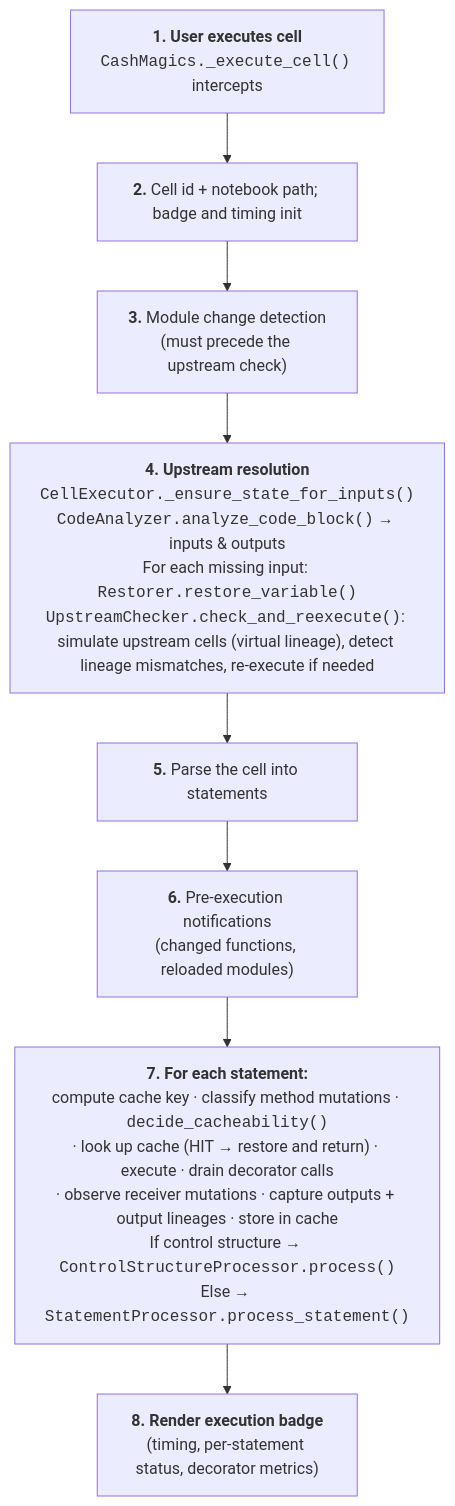
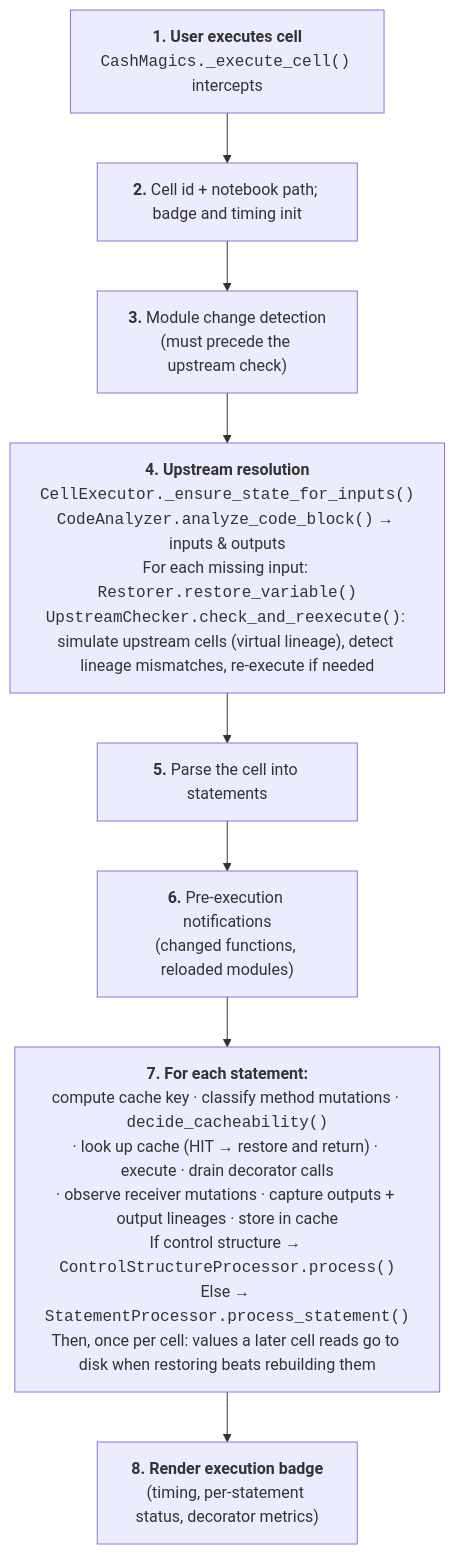
The first of 3 diagrams in docs/how-it-works/notebook-path.md (galgtonold/cash), drawn with Mermaid before and after one commit. The commit also changed other lines of this file and 8 other files, not shown here.

````diff
--- a/docs/how-it-works/notebook-path.md
+++ b/docs/how-it-works/notebook-path.md
@@ -30,12 +30,12 @@
 ```mermaid
 flowchart TD
     S1["<b>1. User executes cell</b><br/><code>CashMagics._execute_cell()</code> intercepts"]
     S2["<b>2.</b> Cell id + notebook path; badge and timing init"]
     S3["<b>3.</b> Module change detection<br/>(must precede the upstream check)"]
     S4["<b>4. Upstream resolution</b><br/><code>CellExecutor._ensure_state_for_inputs()</code><br/><code>CodeAnalyzer.analyze_code_block()</code> → inputs &amp; outputs<br/>For each missing input: <code>Restorer.restore_variable()</code><br/><code>UpstreamChecker.check_and_reexecute()</code>: simulate upstream cells (virtual lineage), detect lineage mismatches, re-execute if needed"]
     S5["<b>5.</b> Parse the cell into statements"]
     S6["<b>6.</b> Pre-execution notifications<br/>(changed functions, reloaded modules)"]
-    S7["<b>7. For each statement:</b><br/>compute cache key · classify method mutations · <code>decide_cacheability()</code><br/>· look up cache (HIT → restore and return) · execute · drain decorator calls<br/>· observe receiver mutations · capture outputs + output lineages · store in cache<br/>If control structure → <code>ControlStructureProcessor.process()</code><br/>Else → <code>StatementProcessor.process_statement()</code>"]
+    S7["<b>7. For each statement:</b><br/>compute cache key · classify method mutations · <code>decide_cacheability()</code><br/>· look up cache (HIT → restore and return) · execute · drain decorator calls<br/>· observe receiver mutations · capture outputs + output lineages · store in cache<br/>If control structure → <code>ControlStructureProcessor.process()</code><br/>Else → <code>StatementProcessor.process_statement()</code><br/>Then, once per cell: values a later cell reads go to disk when restoring beats rebuilding them"]
     S8["<b>8. Render execution badge</b><br/>(timing, per-statement status, decorator metrics)"]
     S1 --> S2 --> S3 --> S4 --> S5 --> S6 --> S7 --> S8
 ```
````
